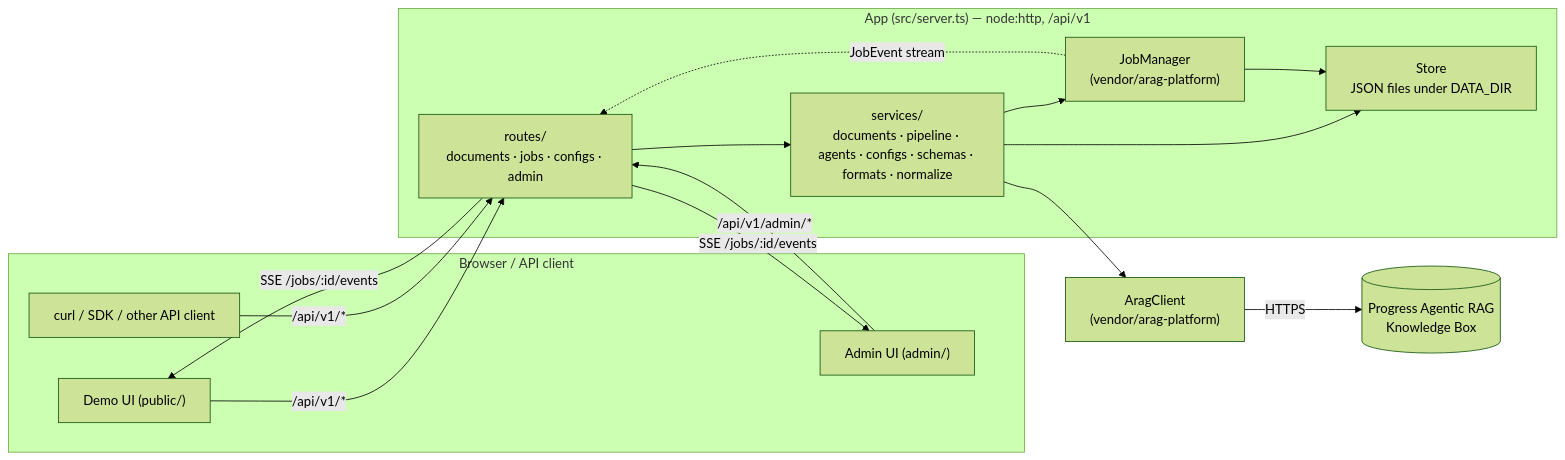
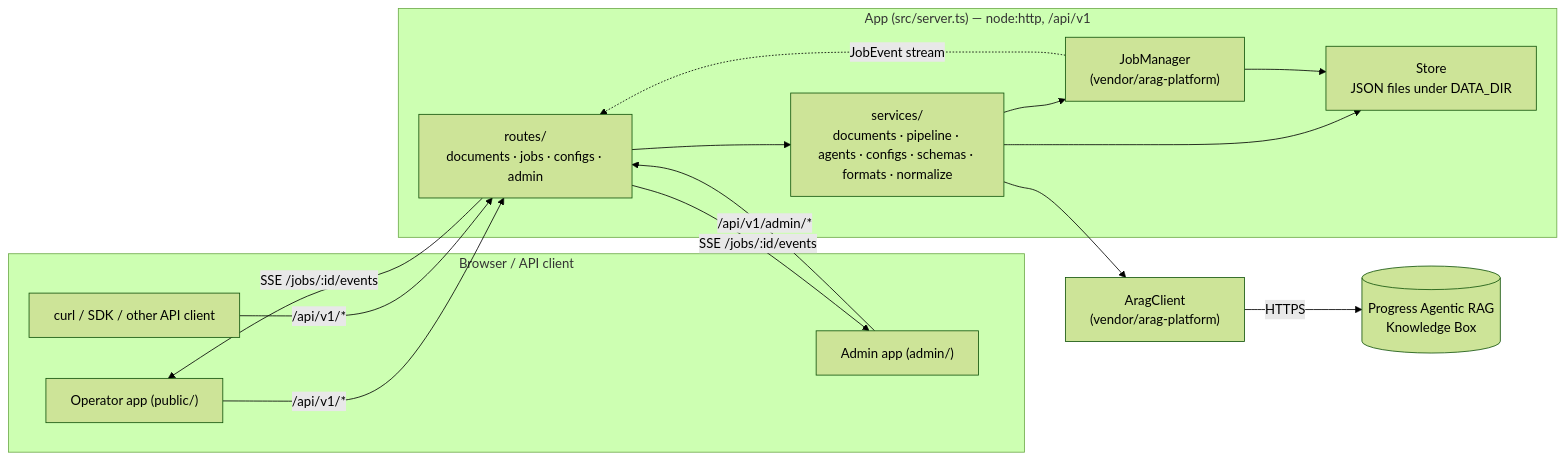
Before and after one commit to jaysanderson/arag-document-processing: the diagram in docs/architecture/architecture.md, drawn with Mermaid (forest theme). The commit also changed other lines of this file and 33 other files, not shown here.

````diff
--- a/docs/architecture/architecture.md
+++ b/docs/architecture/architecture.md
@@ -5,31 +5,31 @@
 ```mermaid
 flowchart LR
     subgraph Client["Browser / API client"]
-        Demo["Demo UI (public/)"]
-        Admin["Admin UI (admin/)"]
+        Demo["Operator app (public/)"]
+        Admin["Admin app (admin/)"]
         Curl["curl / SDK / other API client"]
     end
 
     subgraph App["App (src/server.ts) — node:http, /api/v1"]
         Routes["routes/\ndocuments · jobs · configs · admin"]
         Services["services/\ndocuments · pipeline · agents · configs · schemas · formats · normalize"]
         JM["JobManager\n(vendor/arag-platform)"]
         Store["Store\nJSON files under DATA_DIR"]
     end
 
     Arag["AragClient\n(vendor/arag-platform)"]
     KB[("Progress Agentic RAG\nKnowledge Box")]
 
     Demo -- "/api/v1/*" --> Routes
     Admin -- "/api/v1/admin/*" --> Routes
     Curl -- "/api/v1/*" --> Routes
     Routes --> Services
     Services --> JM
     Services --> Store
     JM --> Store
     Services --> Arag
     Arag -- "HTTPS" --> KB
     JM -. "JobEvent stream" .-> Routes
     Routes -- "SSE /jobs/:id/events" --> Demo
     Routes -- "SSE /jobs/:id/events" --> Admin
 ```
````
